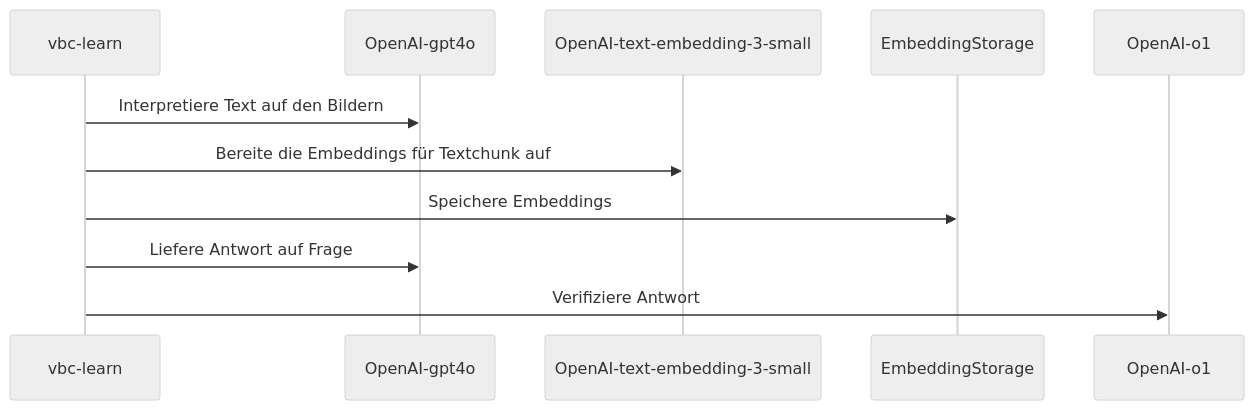
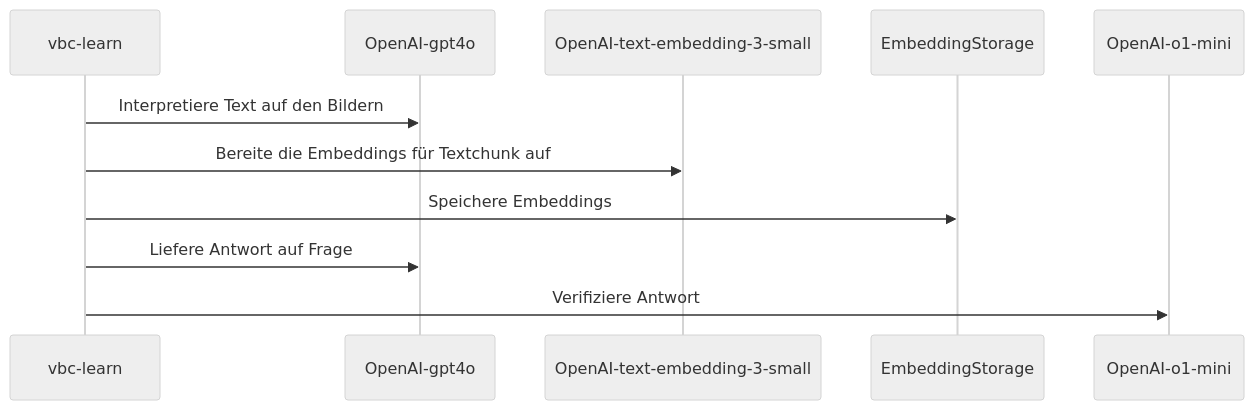
The second of 2 diagrams in Project01/Grp3/README.md (namarkus/BFH_CAS_AI_2024), drawn with Mermaid (neutral theme) before and after one commit. The commit also changed other lines of this file, not shown here.

````diff
--- a/Project01/Grp3/README.md
+++ b/Project01/Grp3/README.md
@@ -287,9 +287,8 @@
 ```mermaid
 sequenceDiagram
     vbc-learn->>OpenAI-gpt4o: Interpretiere Text auf den Bildern
     vbc-learn->>OpenAI-text-embedding-3-small: Bereite die Embeddings für Textchunk auf
     vbc-learn->>EmbeddingStorage: Speichere Embeddings
     vbc-learn->>OpenAI-gpt4o: Liefere Antwort auf Frage
-    vbc-learn->>OpenAI-o1: Verifiziere Antwort
-
+    vbc-learn->>OpenAI-o1-mini: Verifiziere Antwort
 ```
````
